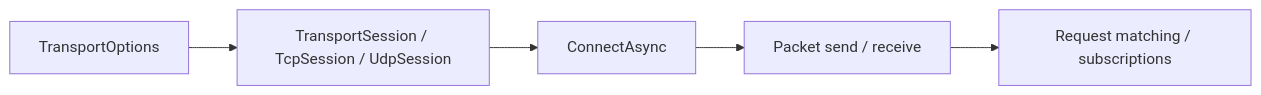
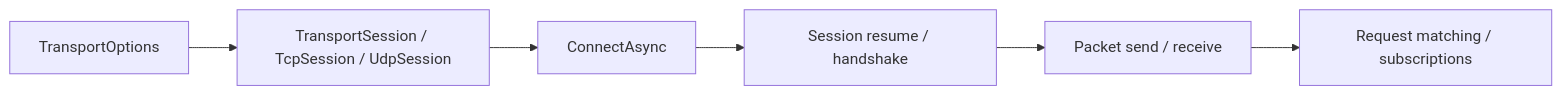
The diagram in docs/packages/nalix-sdk.md (ppn-systems/Nalix), drawn with Mermaid before and after one commit. The commit also changed other lines of this file and 36 other files, not shown here.

First line of the commit message:
feature: implement session resume support (#58)

````diff
--- a/docs/packages/nalix-sdk.md
+++ b/docs/packages/nalix-sdk.md
@@ -10,7 +10,8 @@
 ```mermaid
 flowchart LR
     A["TransportOptions"] --> B["TransportSession / TcpSession / UdpSession"]
     B --> C["ConnectAsync"]
-    C --> D["Packet send / receive"]
-    D --> E["Request matching / subscriptions"]
+    C --> D["Session resume / handshake"]
+    D --> E["Packet send / receive"]
+    E --> F["Request matching / subscriptions"]
 ```
````
